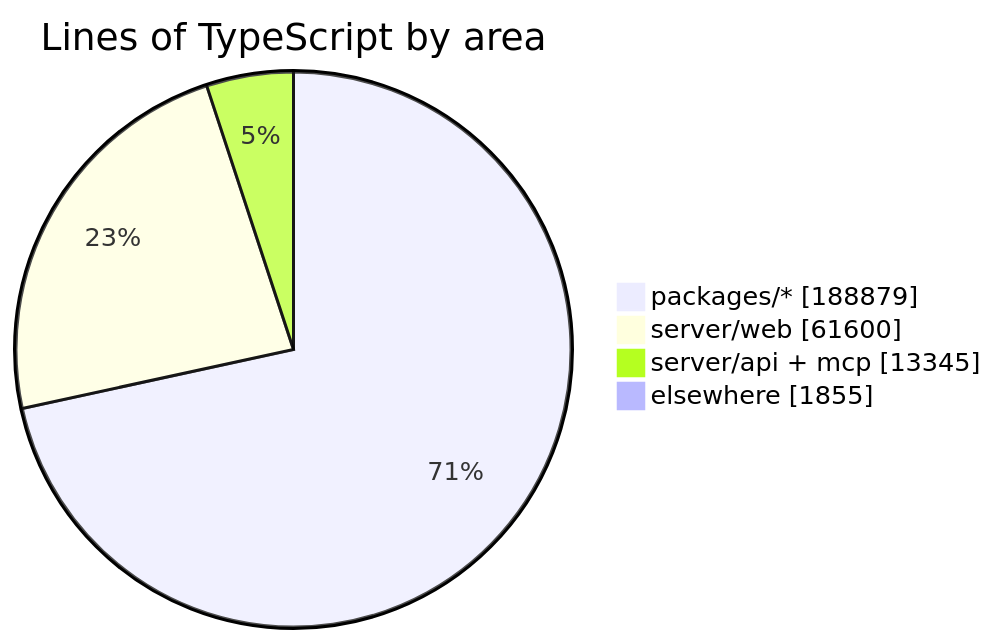
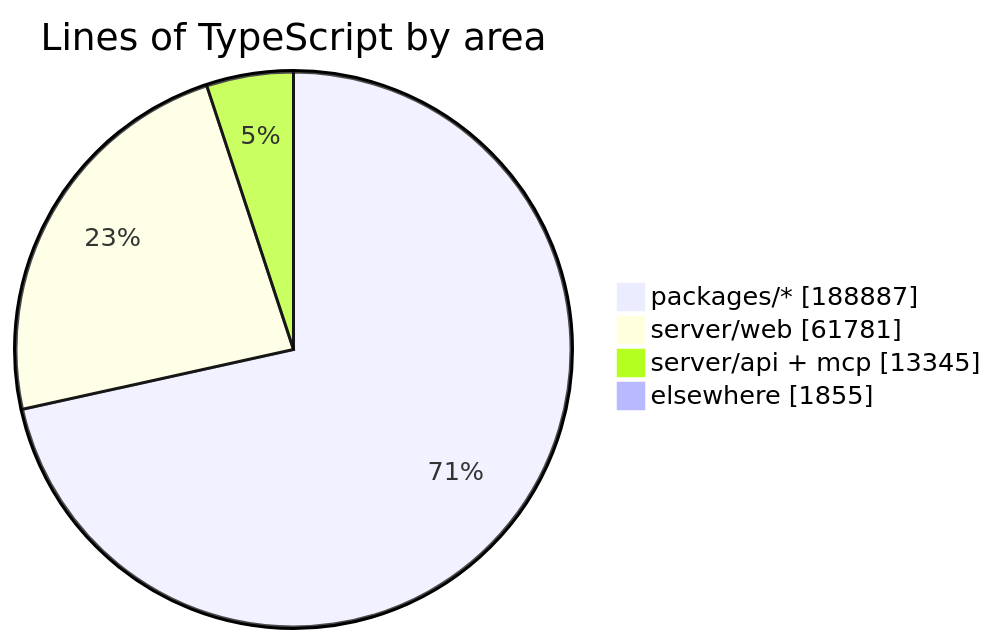
One commit to crossworks-engineering/mantle changed the diagram in README.md. Above: the diagram before and after it, drawn with Mermaid. The commit also changed other lines of this file and 2 other files, not shown here.

````diff
--- a/README.md
+++ b/README.md
@@ -279,7 +279,7 @@
 ```mermaid
 pie showData title Lines of TypeScript by area
-    "packages/*" : 188879
-    "server/web" : 61600
+    "packages/*" : 188887
+    "server/web" : 61781
     "server/api + mcp" : 13345
     "elsewhere" : 1855
 ```
````
